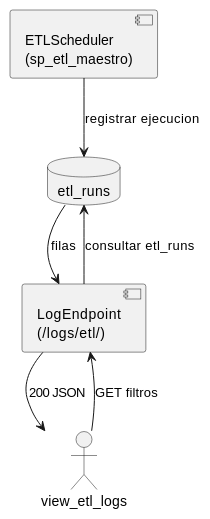
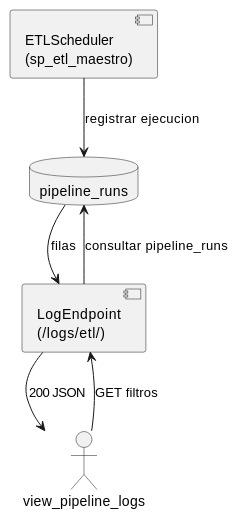
The diagram in source/requisitos/casos-uso/logs/uc-log-02/diagramas-uml/componentes-etl-log.rst (jcg-admin/IACT-docs), drawn with PlantUML before and after one commit. The commit also changed 96 other files, not shown here.

First line of the commit message:
Apply CNST-033: rename ETL→Pipeline in domain-model + sweep refs

```diff
--- a/source/requisitos/casos-uso/logs/uc-log-02/diagramas-uml/componentes-etl-log.rst
+++ b/source/requisitos/casos-uso/logs/uc-log-02/diagramas-uml/componentes-etl-log.rst
@@ -4,14 +4,14 @@
 .. uml::
 
  @startuml
  component "ETLScheduler\n(sp_etl_maestro)" as Etlscheduler
- database "etl_runs" as etl_runs
+ database "pipeline_runs" as pipeline_runs
  component "LogEndpoint\n(/logs/etl/)" as Logendpoint
- actor "view_etl_logs" as view_etl_logs
+ actor "view_pipeline_logs" as view_pipeline_logs
 
- Etlscheduler --> etl_runs : registrar ejecucion
- view_etl_logs --> Logendpoint : GET filtros
- Logendpoint --> etl_runs : consultar etl_runs
- etl_runs --> Logendpoint : filas
- Logendpoint --> view_etl_logs : 200 JSON
+ Etlscheduler --> pipeline_runs : registrar ejecucion
+ view_pipeline_logs --> Logendpoint : GET filtros
+ Logendpoint --> pipeline_runs : consultar pipeline_runs
+ pipeline_runs --> Logendpoint : filas
+ Logendpoint --> view_pipeline_logs : 200 JSON
  @enduml
```
